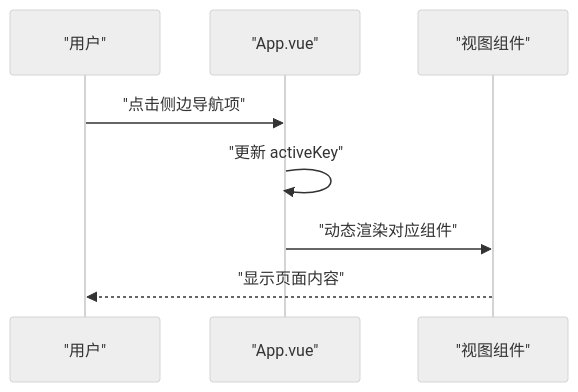
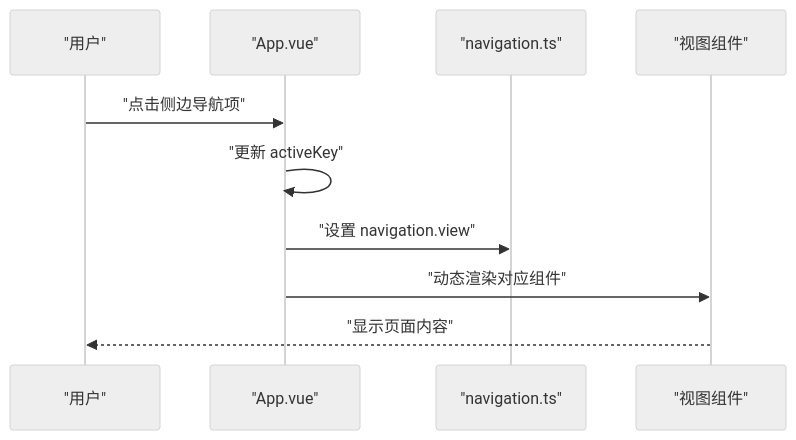
Before and after one commit to Joeyzheng001/LLM-AutoTest: the third of 4 diagrams in .qoder/repowiki/zh/content/核心服务/前端应用.md, drawn with Mermaid (neutral theme). The commit also changed other lines of this file and 94 other files, not shown here.

````diff
--- a/.qoder/repowiki/zh/content/核心服务/前端应用.md
+++ b/.qoder/repowiki/zh/content/核心服务/前端应用.md
@@ -118,10 +150,12 @@
 ```mermaid
 sequenceDiagram
 participant U as "用户"
 participant A as "App.vue"
+participant N as "navigation.ts"
 participant V as "视图组件"
 U->>A : "点击侧边导航项"
 A->>A : "更新 activeKey"
+A->>N : "设置 navigation.view"
 A->>V : "动态渲染对应组件"
 V-->>U : "显示页面内容"
 ```
````
